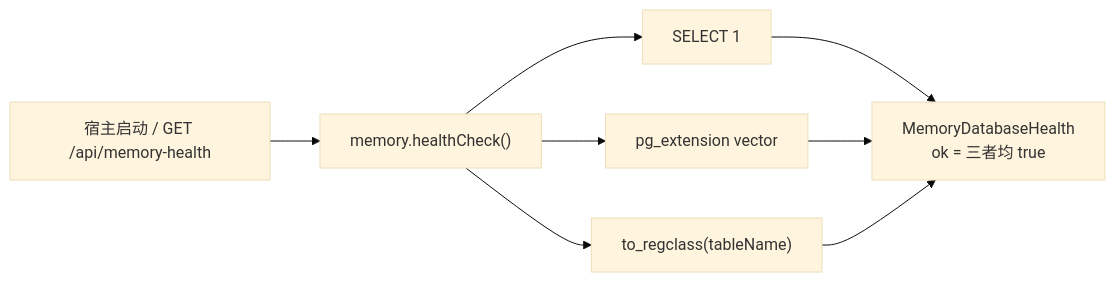
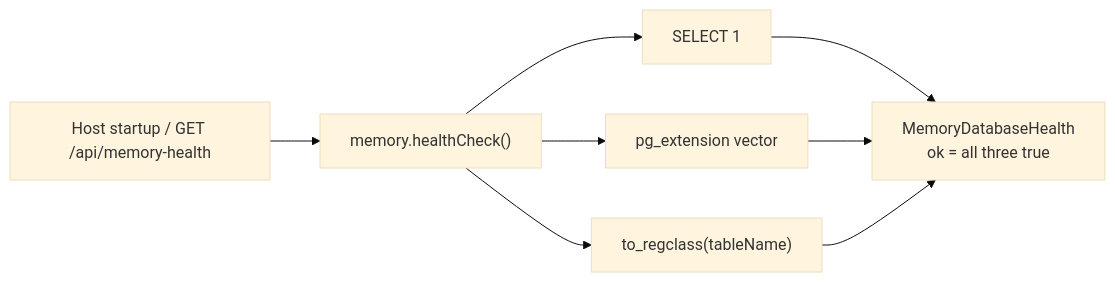
The fourth of 4 diagrams in packages/memory-postgres/README.md (KRISACHAN/ying-ai), drawn with Mermaid (base theme) before and after one commit. The commit also changed other lines of this file and 205 other files, not shown here.

````diff
--- a/packages/memory-postgres/README.md
+++ b/packages/memory-postgres/README.md
@@ -167,11 +169,11 @@
 ```mermaid
 flowchart LR
-  HOST["宿主启动 / GET /api/memory-health"] --> HC["memory.healthCheck()"]
+  HOST["Host startup / GET /api/memory-health"] --> HC["memory.healthCheck()"]
   HC --> PING["SELECT 1"]
   HC --> EXT["pg_extension vector"]
   HC --> TBL["to_regclass(tableName)"]
-  PBL["MemoryDatabaseHealth\nok = 三者均 true"]
+  PBL["MemoryDatabaseHealth\nok = all three true"]
   PING --> PBL
   EXT --> PBL
   TBL --> PBL
 ```
````
